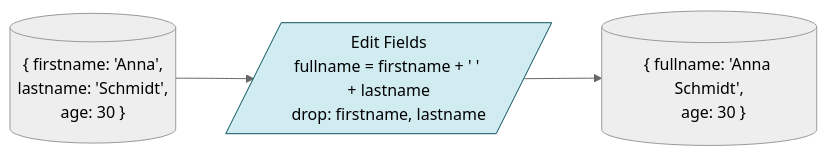
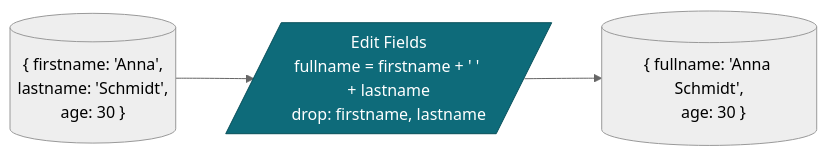
One commit to ericleddin/m4-n8n-demos changed the ninth of 15 diagrams in docs/n8n_learning/n8n_Datenfluss_Kompendium_v2.md. Above: the diagram before and after it, drawn with Mermaid (neutral theme). The commit also changed other lines of this file and 4 other files, not shown here.

Commit message:
Add AI agent, LLM, and n8n developer guides; standardize Mermaid colors

````diff
--- a/docs/n8n_learning/n8n_Datenfluss_Kompendium_v2.md
+++ b/docs/n8n_learning/n8n_Datenfluss_Kompendium_v2.md
@@ -260,7 +260,7 @@
 ```mermaid
 flowchart LR
     In[("{ firstname: 'Anna',<br/>  lastname: 'Schmidt',<br/>  age: 30 }")] --> S[/"Edit Fields<br/>fullname = firstname + ' ' + lastname<br/>drop: firstname, lastname"/]
     S --> Out[("{ fullname: 'Anna Schmidt',<br/>  age: 30 }")]
 
-    style S fill:#d1ecf1,stroke:#0c5460
+    style S fill:#0e6b7a,stroke:#084f5a,color:#fff
 ```
````
